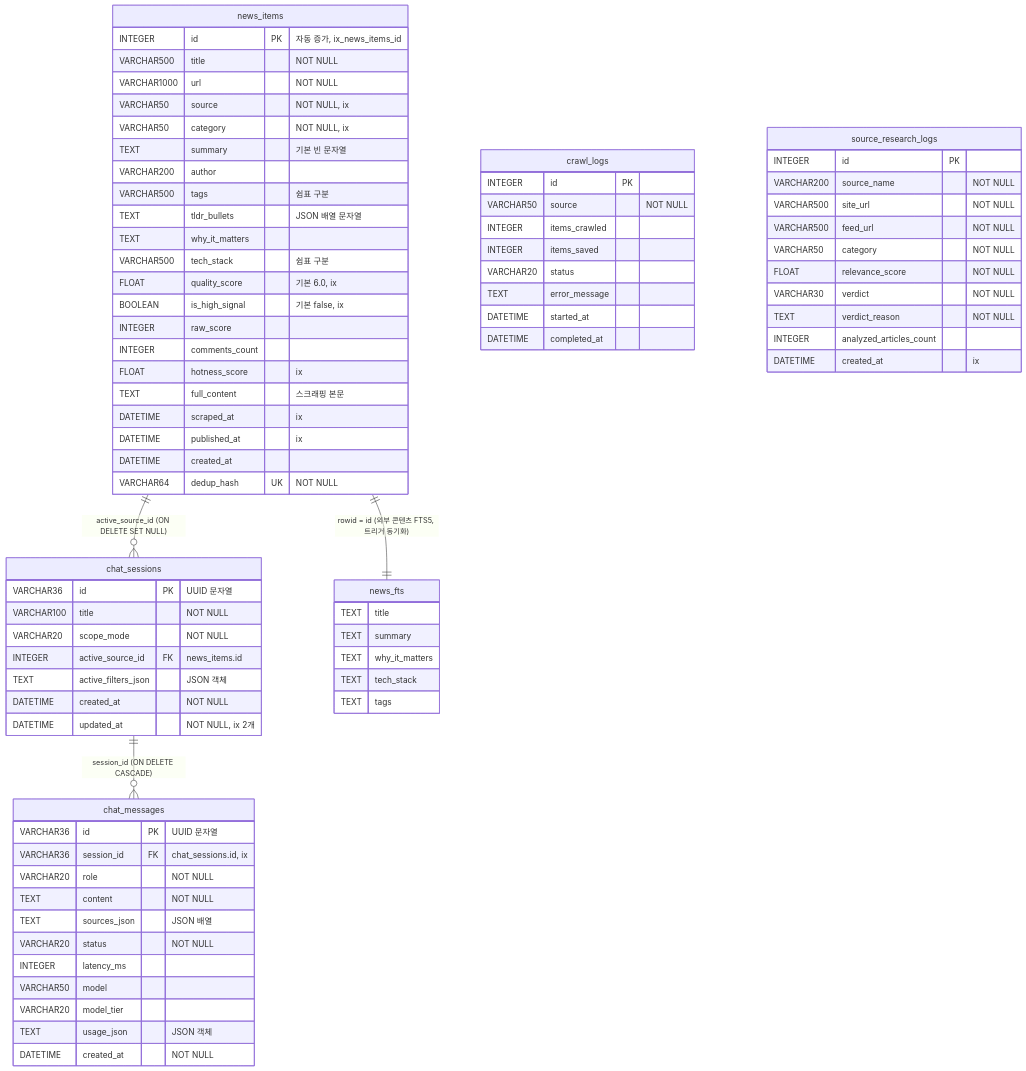
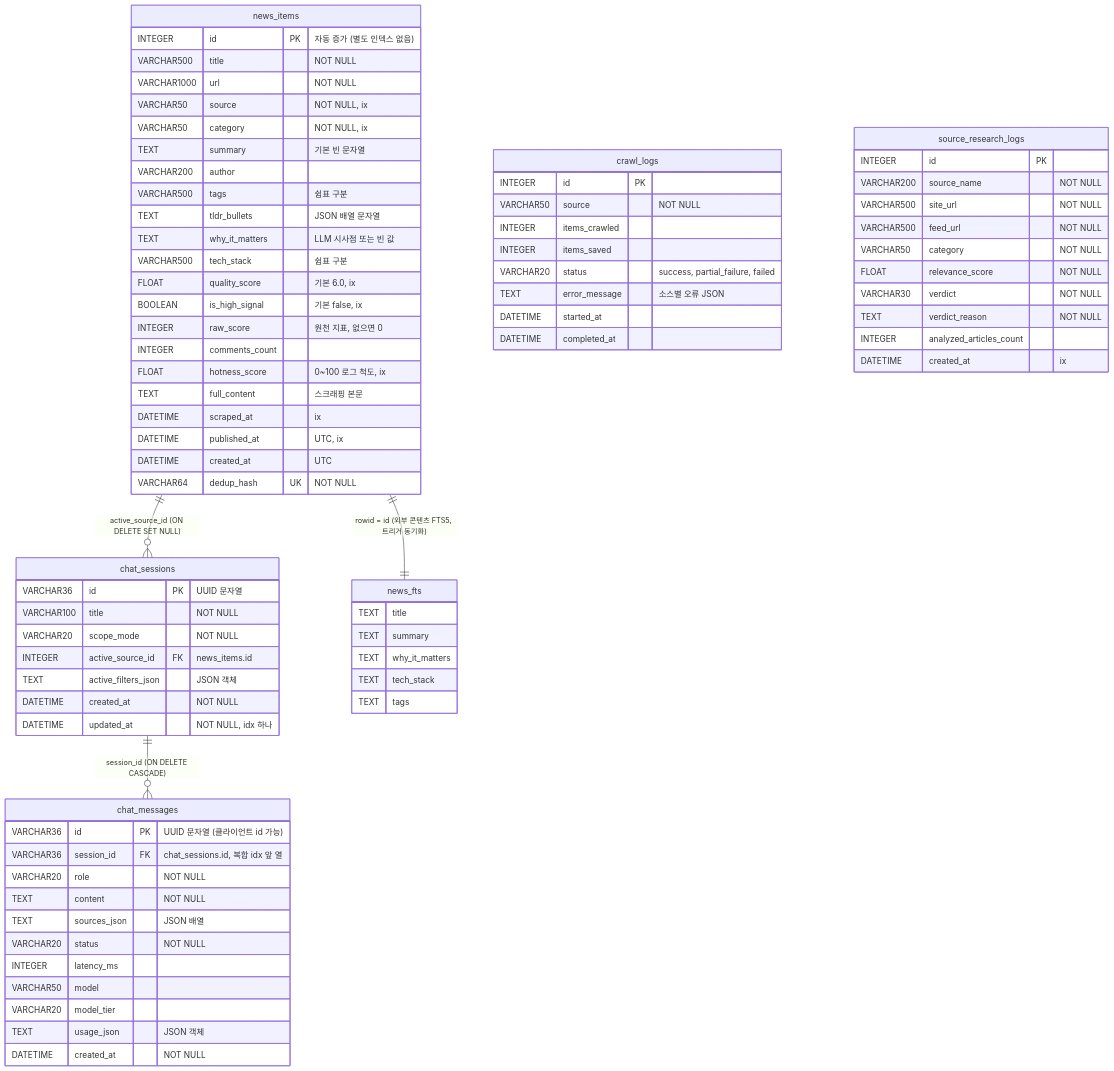
One commit to ozplayground/agent-lens changed the second of 3 diagrams in docs/system-designer/01_SYSTEM_DESIGN.md. Above: the diagram before and after it, drawn with Mermaid. The commit also changed other lines of this file and 216 other files, not shown here.

````diff
--- a/docs/system-designer/01_SYSTEM_DESIGN.md
+++ b/docs/system-designer/01_SYSTEM_DESIGN.md
@@ -236,81 +252,81 @@
 ```mermaid
 erDiagram
     news_items ||--o{ chat_sessions : "active_source_id (ON DELETE SET NULL)"
     chat_sessions ||--o{ chat_messages : "session_id (ON DELETE CASCADE)"
     news_items ||--|| news_fts : "rowid = id (외부 콘텐츠 FTS5, 트리거 동기화)"
 
     news_items {
-        INTEGER id PK "자동 증가, ix_news_items_id"
+        INTEGER id PK "자동 증가 (별도 인덱스 없음)"
         VARCHAR500 title "NOT NULL"
         VARCHAR1000 url "NOT NULL"
         VARCHAR50 source "NOT NULL, ix"
         VARCHAR50 category "NOT NULL, ix"
         TEXT summary "기본 빈 문자열"
         VARCHAR200 author
         VARCHAR500 tags "쉼표 구분"
         TEXT tldr_bullets "JSON 배열 문자열"
-        TEXT why_it_matters
+        TEXT why_it_matters "LLM 시사점 또는 빈 값"
         VARCHAR500 tech_stack "쉼표 구분"
         FLOAT quality_score "기본 6.0, ix"
         BOOLEAN is_high_signal "기본 false, ix"
-        INTEGER raw_score
+        INTEGER raw_score "원천 지표, 없으면 0"
         INTEGER comments_count
-        FLOAT hotness_score "ix"
+        FLOAT hotness_score "0~100 로그 척도, ix"
         TEXT full_content "스크래핑 본문"
         DATETIME scraped_at "ix"
-        DATETIME published_at "ix"
-        DATETIME created_at
+        DATETIME published_at "UTC, ix"
+        DATETIME created_at "UTC"
         VARCHAR64 dedup_hash UK "NOT NULL"
     }
     crawl_logs {
         INTEGER id PK
         VARCHAR50 source "NOT NULL"
         INTEGER items_crawled
         INTEGER items_saved
-        VARCHAR20 status
-        TEXT error_message
+        VARCHAR20 status "success, partial_failure, failed"
+        TEXT error_message "소스별 오류 JSON"
         DATETIME started_at
         DATETIME completed_at
     }
     source_research_logs {
         INTEGER id PK
         VARCHAR200 source_name "NOT NULL"
         VARCHAR500 site_url "NOT NULL"
         VARCHAR500 feed_url "NOT NULL"
         VARCHAR50 category "NOT NULL"
         FLOAT relevance_score "NOT NULL"
         VARCHAR30 verdict "NOT NULL"
         TEXT verdict_reason "NOT NULL"
         INTEGER analyzed_articles_count
         DATETIME created_at "ix"
     }
     chat_sessions {
         VARCHAR36 id PK "UUID 문자열"
         VARCHAR100 title "NOT NULL"
         VARCHAR20 scope_mode "NOT NULL"
         INTEGER active_source_id FK "news_items.id"
         TEXT active_filters_json "JSON 객체"
         DATETIME created_at "NOT NULL"
-        DATETIME updated_at "NOT NULL, ix 2개"
+        DATETIME updated_at "NOT NULL, idx 하나"
     }
     chat_messages {
-        VARCHAR36 id PK "UUID 문자열"
-        VARCHAR36 session_id FK "chat_sessions.id, ix"
+        VARCHAR36 id PK "UUID 문자열 (클라이언트 id 가능)"
+        VARCHAR36 session_id FK "chat_sessions.id, 복합 idx 앞 열"
         VARCHAR20 role "NOT NULL"
         TEXT content "NOT NULL"
         TEXT sources_json "JSON 배열"
         VARCHAR20 status "NOT NULL"
         INTEGER latency_ms
         VARCHAR50 model
         VARCHAR20 model_tier
         TEXT usage_json "JSON 객체"
         DATETIME created_at "NOT NULL"
     }
     news_fts {
         TEXT title
         TEXT summary
         TEXT why_it_matters
         TEXT tech_stack
         TEXT tags
     }
 ```
````
